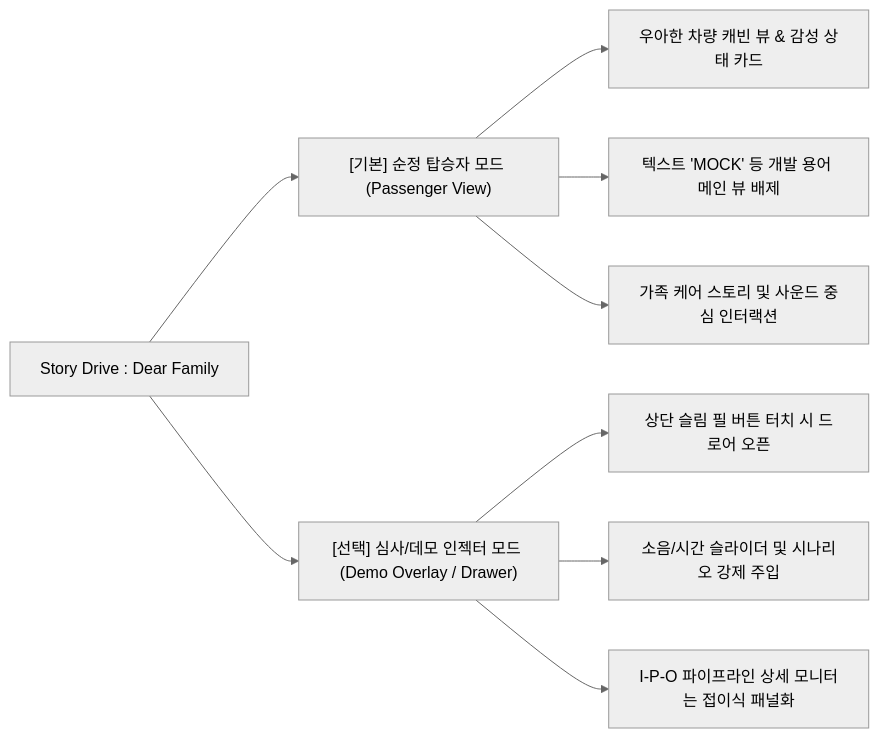
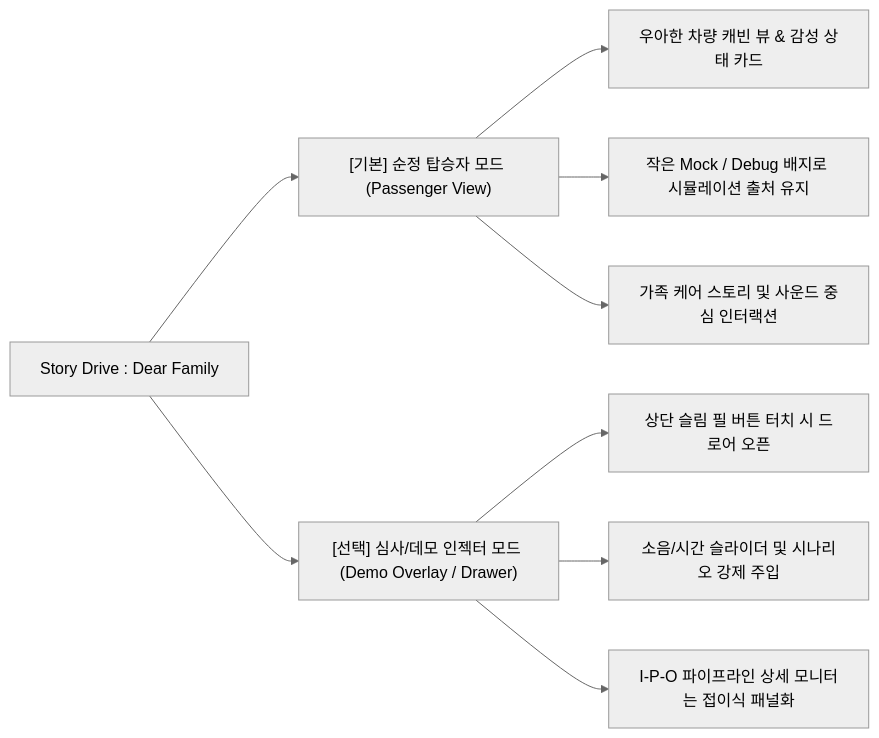
The diagram in docs/design/ui-redesign-concepts.md (shining-sakaeru/story-drive-dear-family), drawn with Mermaid (neutral theme) before and after one commit. The commit also changed other lines of this file and 91 other files, not shown here.

````diff
--- a/docs/design/ui-redesign-concepts.md
+++ b/docs/design/ui-redesign-concepts.md
@@ -69,13 +71,13 @@
 ```mermaid
 flowchart LR
     A["Story Drive : Dear Family"] --> B["[기본] 순정 탑승자 모드 (Passenger View)"]
     A --> C["[선택] 심사/데모 인젝터 모드 (Demo Overlay / Drawer)"]
     
     B --> B1["우아한 차량 캐빈 뷰 & 감성 상태 카드"]
-    B --> B2["텍스트 'MOCK' 등 개발 용어 메인 뷰 배제"]
+    B --> B2["작은 Mock / Debug 배지로 시뮬레이션 출처 유지"]
     B --> B3["가족 케어 스토리 및 사운드 중심 인터랙션"]
     
     C --> C1["상단 슬림 필 버튼 터치 시 드로어 오픈"]
     C --> C2["소음/시간 슬라이더 및 시나리오 강제 주입"]
     C --> C3["I-P-O 파이프라인 상세 모니터는 접이식 패널화"]
 ```
````
